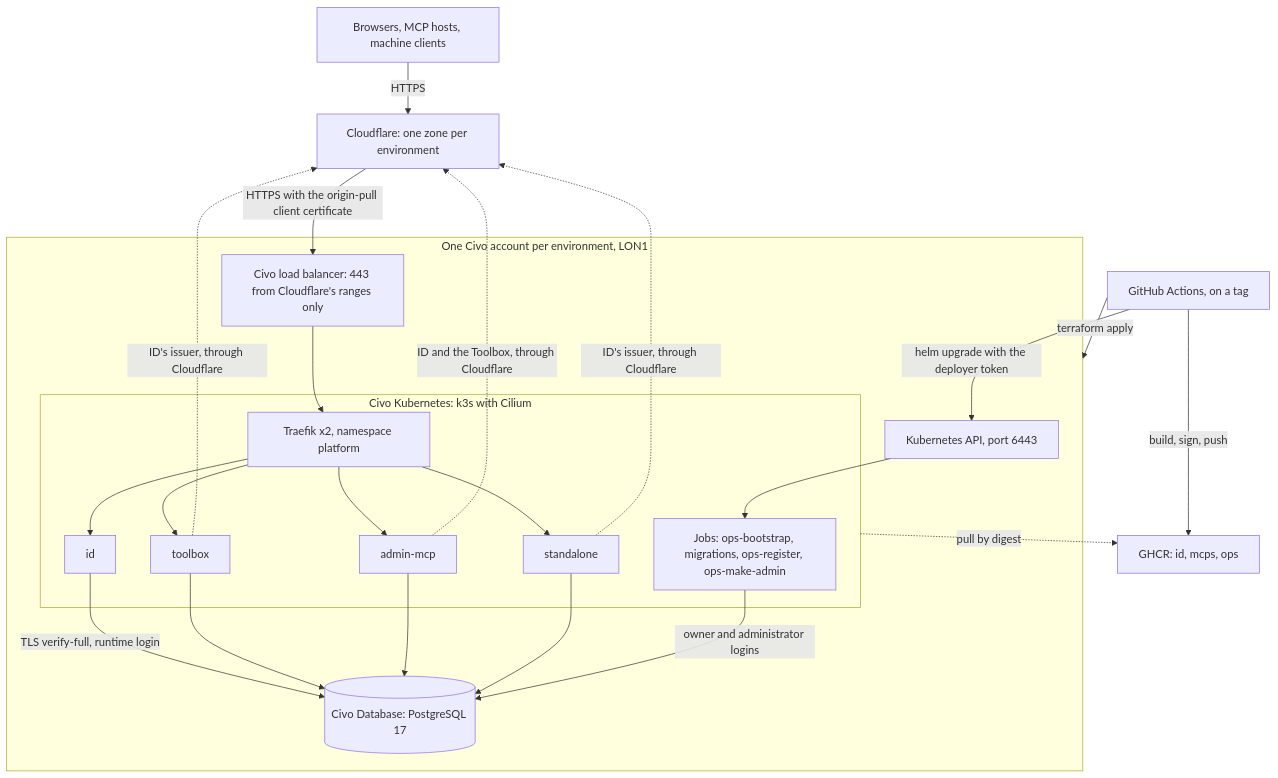
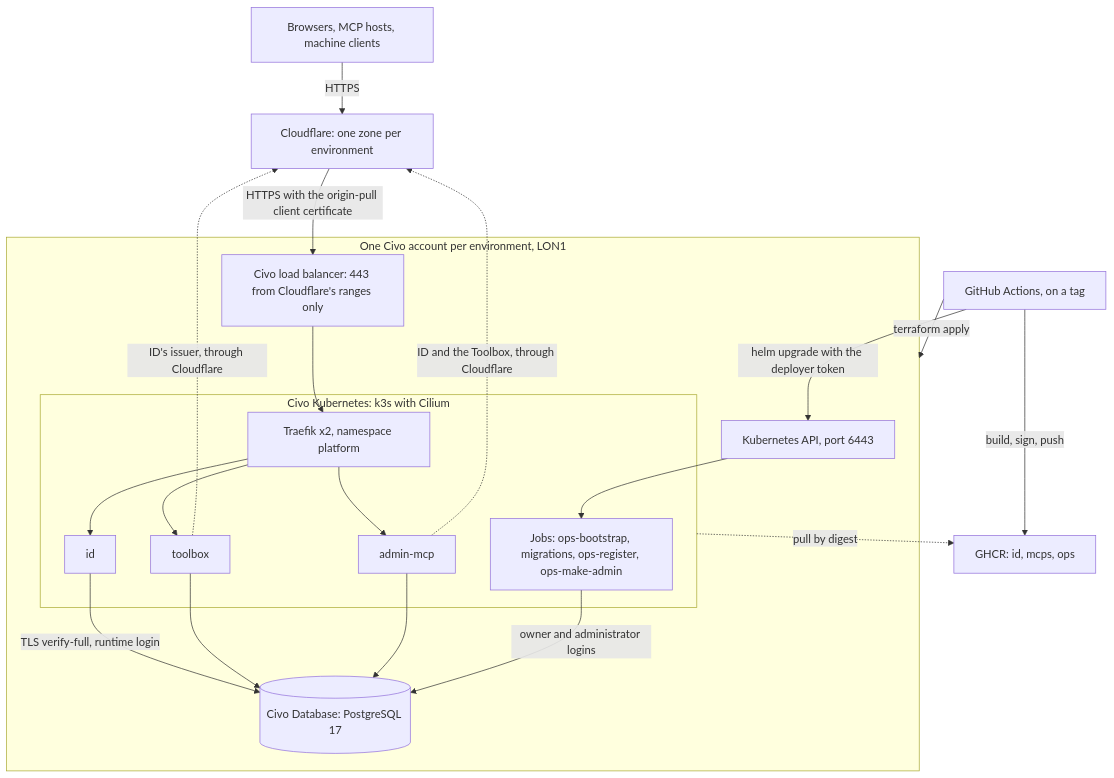
The diagram in docs/12-deployment.md (Rieranthony/answerable-monorepo), drawn with Mermaid before and after one commit. The commit also changed other lines of this file and 193 other files, not shown here.

````diff
--- a/docs/12-deployment.md
+++ b/docs/12-deployment.md
@@ -35,40 +34,36 @@
 ```mermaid
 flowchart TB
   people["Browsers, MCP hosts, machine clients"]
   gha["GitHub Actions, on a tag"]
   ghcr["GHCR: id, mcps, ops"]
   cf["Cloudflare: one zone per environment"]
   subgraph civo["One Civo account per environment, LON1"]
     lb["Civo load balancer: 443 from Cloudflare's ranges only"]
     api["Kubernetes API, port 6443"]
     subgraph cluster["Civo Kubernetes: k3s with Cilium"]
       traefik["Traefik x2, namespace platform"]
       id["id"]
       toolbox["toolbox"]
       admin["admin-mcp"]
-      standalone["standalone"]
       jobs["Jobs: ops-bootstrap, migrations, ops-register, ops-make-admin"]
     end
     db[("Civo Database: PostgreSQL 17")]
   end
   people -->|HTTPS| cf
   cf -->|"HTTPS with the origin-pull client certificate"| lb
   lb --> traefik
   traefik --> id
   traefik --> toolbox
   traefik --> admin
-  traefik --> standalone
   id -->|"TLS verify-full, runtime login"| db
   toolbox --> db
   admin --> db
-  standalone --> db
   jobs -->|"owner and administrator logins"| db
   toolbox -.->|"ID's issuer, through Cloudflare"| cf
   admin -.->|"ID and the Toolbox, through Cloudflare"| cf
-  standalone -.->|"ID's issuer, through Cloudflare"| cf
   gha -->|"terraform apply"| civo
   gha -->|"build, sign, push"| ghcr
   gha -->|"helm upgrade with the deployer token"| api
   api --> jobs
   cluster -.->|"pull by digest"| ghcr
 ```
````
